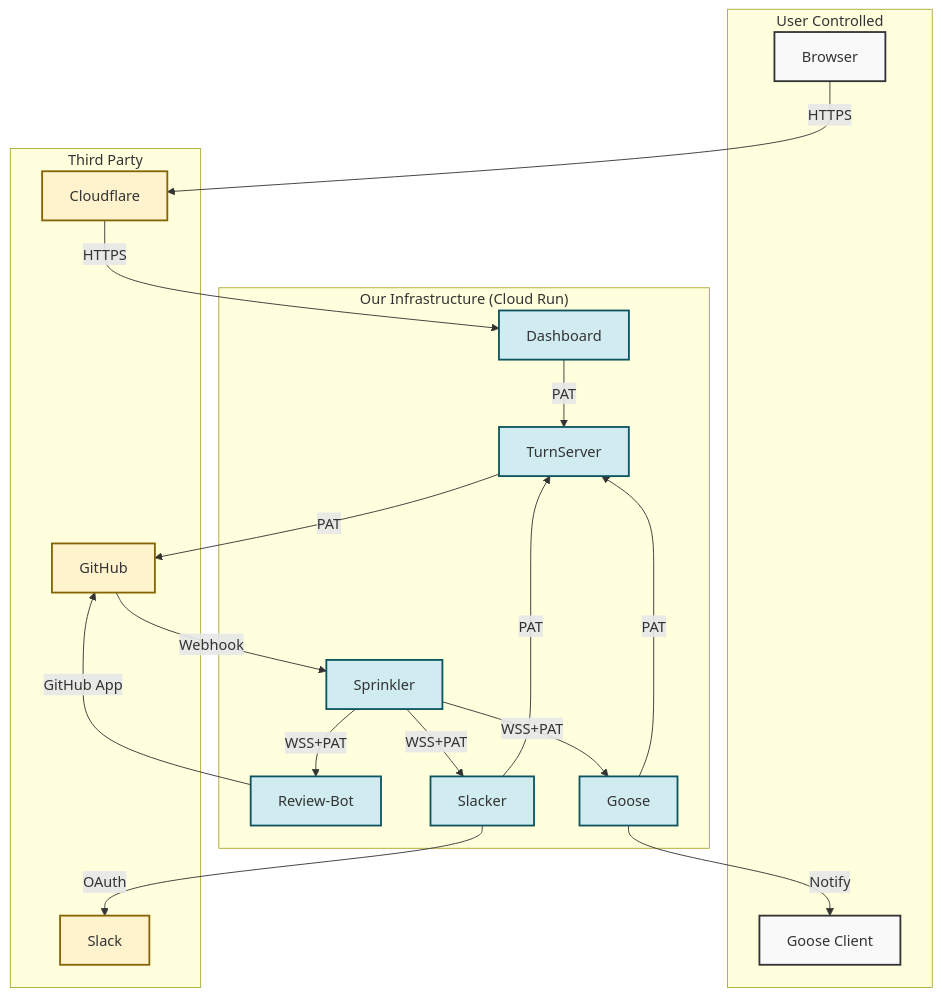
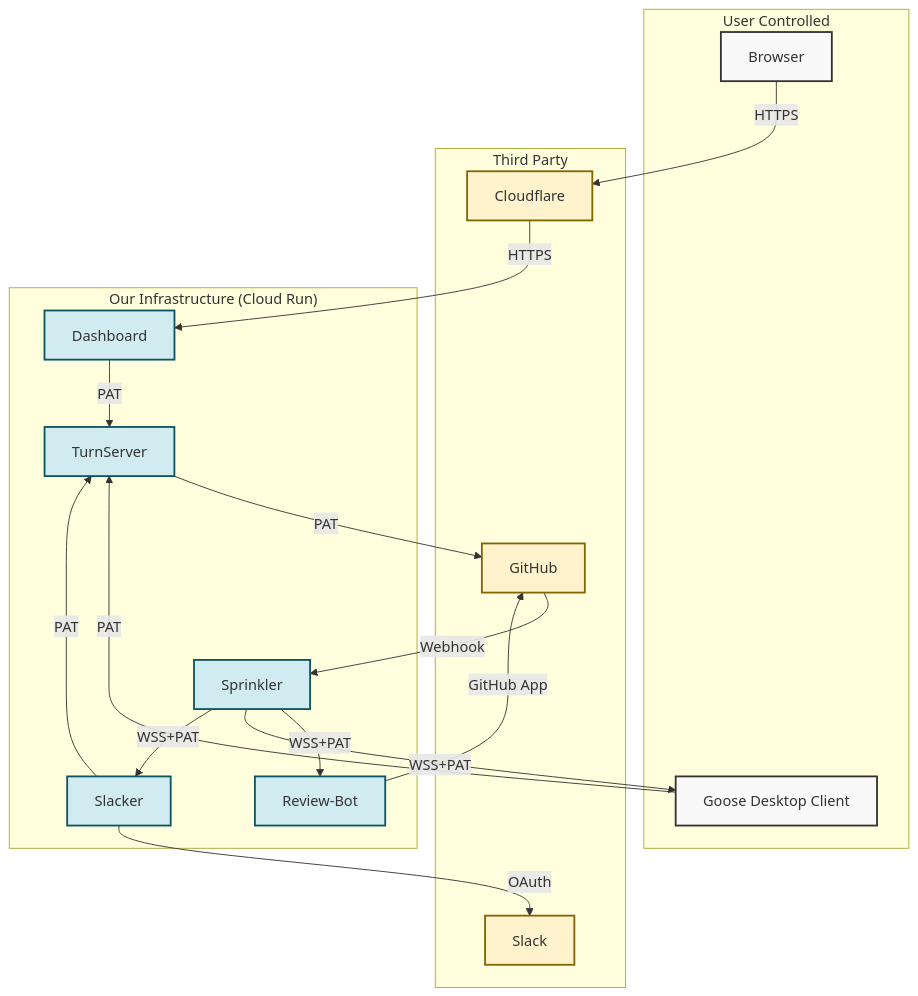
One commit to codeGROOVE-dev/architecture changed the third of 3 diagrams in README.md. Above: the diagram before and after it, drawn with Mermaid.

Commit message:
Update Trust Boundaries

````diff
--- a/README.md
+++ b/README.md
@@ -141,48 +141,46 @@
 ```mermaid
 flowchart TB
     subgraph "User Controlled"
         Browser["Browser"]
-        GooseClient["Goose Client"]
+        Goose["Goose Desktop Client"]
     end
 
     subgraph "Third Party"
         GitHub["GitHub"]
         Slack["Slack"]
         CF["Cloudflare"]
     end
 
     subgraph "Our Infrastructure (Cloud Run)"
         Dashboard["Dashboard"]
         Sprinkler["Sprinkler"]
         ReviewBot["Review-Bot"]
-        Goose["Goose"]
         Slacker["Slacker"]
         TurnServer["TurnServer"]
     end
 
     Browser -->|HTTPS| CF
     CF -->|HTTPS| Dashboard
     Dashboard -->|PAT| TurnServer
 
     GitHub -->|Webhook| Sprinkler
     Sprinkler -->|WSS+PAT| ReviewBot
     Sprinkler -->|WSS+PAT| Goose
     Sprinkler -->|WSS+PAT| Slacker
 
     ReviewBot -->|GitHub App| GitHub
     TurnServer -->|PAT| GitHub
 
     Goose -->|PAT| TurnServer
-    Goose -->|Notify| GooseClient
 
     Slacker -->|PAT| TurnServer
     Slacker -->|OAuth| Slack
 
     classDef user fill:#f9f9f9,stroke:#333,stroke-width:2px
     classDef third fill:#fff3cd,stroke:#856404,stroke-width:2px
     classDef ours fill:#d1ecf1,stroke:#0c5460,stroke-width:2px
 
-    class Browser,GooseClient user
+    class Browser,Goose user
     class GitHub,Slack,CF third
-    class Dashboard,Sprinkler,ReviewBot,Goose,Slacker,TurnServer ours
+    class Dashboard,Sprinkler,ReviewBot,Slacker,TurnServer ours
 ```
````
